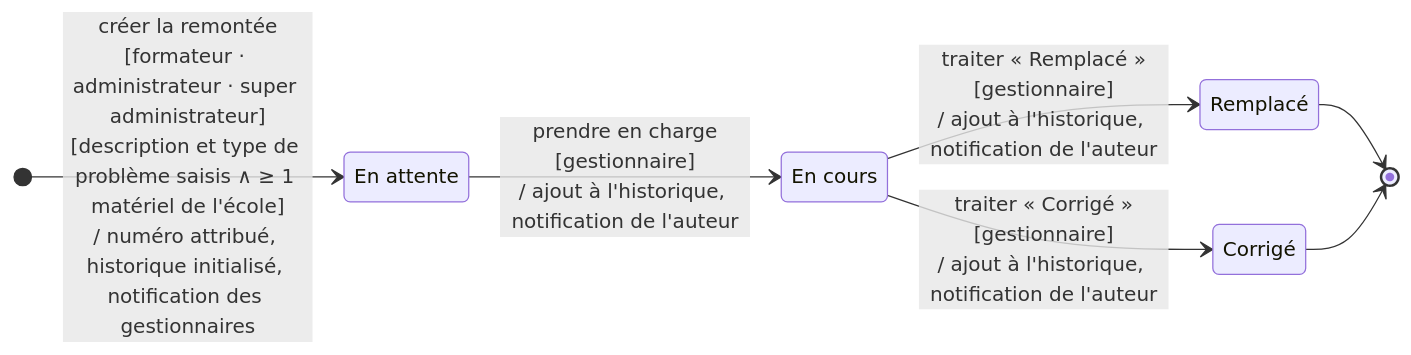
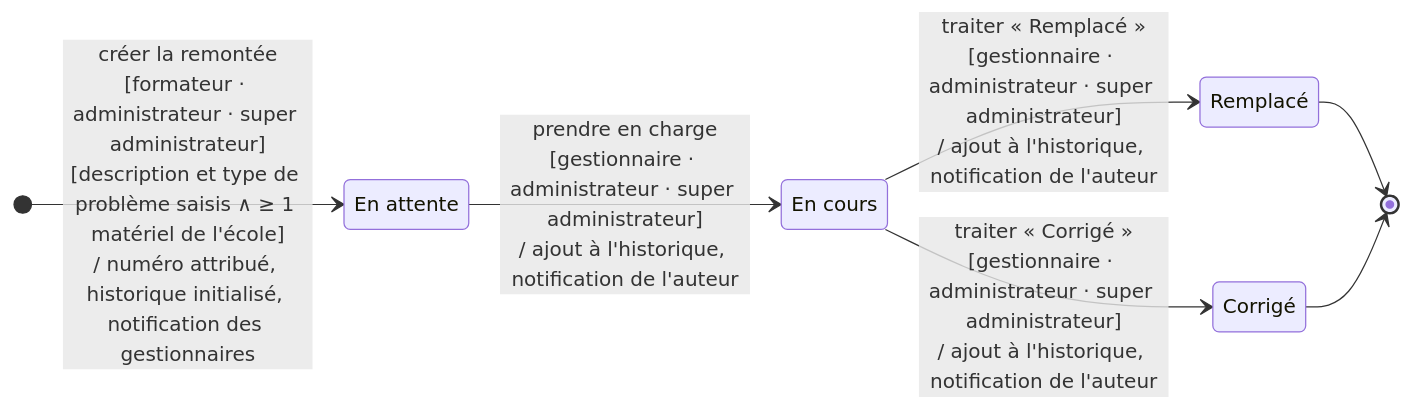
Before and after one commit to bpierrelouis/aster: the first of 4 diagrams in docs/02-ANALYSE/03-ANALYSE/17-DIAGRAMMES-ETATS.md, drawn with Mermaid. The commit also changed other lines of this file and 19 other files, not shown here.

````diff
--- a/docs/02-ANALYSE/03-ANALYSE/17-DIAGRAMMES-ETATS.md
+++ b/docs/02-ANALYSE/03-ANALYSE/17-DIAGRAMMES-ETATS.md
@@ -11,15 +11,15 @@
 ```mermaid
 stateDiagram-v2
     direction LR
     [*] --> attente : créer la remontée<br/>[formateur · administrateur · super administrateur]<br/>[description et type de problème saisis ∧ ≥ 1 matériel de l'école]<br/>/ numéro attribué, historique initialisé, notification des gestionnaires
-    attente --> encours : prendre en charge<br/>[gestionnaire]<br/>/ ajout à l'historique, notification de l'auteur
-    encours --> remplace : traiter « Remplacé »<br/>[gestionnaire]<br/>/ ajout à l'historique, notification de l'auteur
-    encours --> corrige : traiter « Corrigé »<br/>[gestionnaire]<br/>/ ajout à l'historique, notification de l'auteur
+    attente --> encours : prendre en charge<br/>[gestionnaire · administrateur · super administrateur]<br/>/ ajout à l'historique, notification de l'auteur
+    encours --> remplace : traiter « Remplacé »<br/>[gestionnaire · administrateur · super administrateur]<br/>/ ajout à l'historique, notification de l'auteur
+    encours --> corrige : traiter « Corrigé »<br/>[gestionnaire · administrateur · super administrateur]<br/>/ ajout à l'historique, notification de l'auteur
     remplace --> [*]
     corrige --> [*]
 
     attente : En attente
     encours : En cours
     remplace : Remplacé
     corrige : Corrigé
 ```
````
